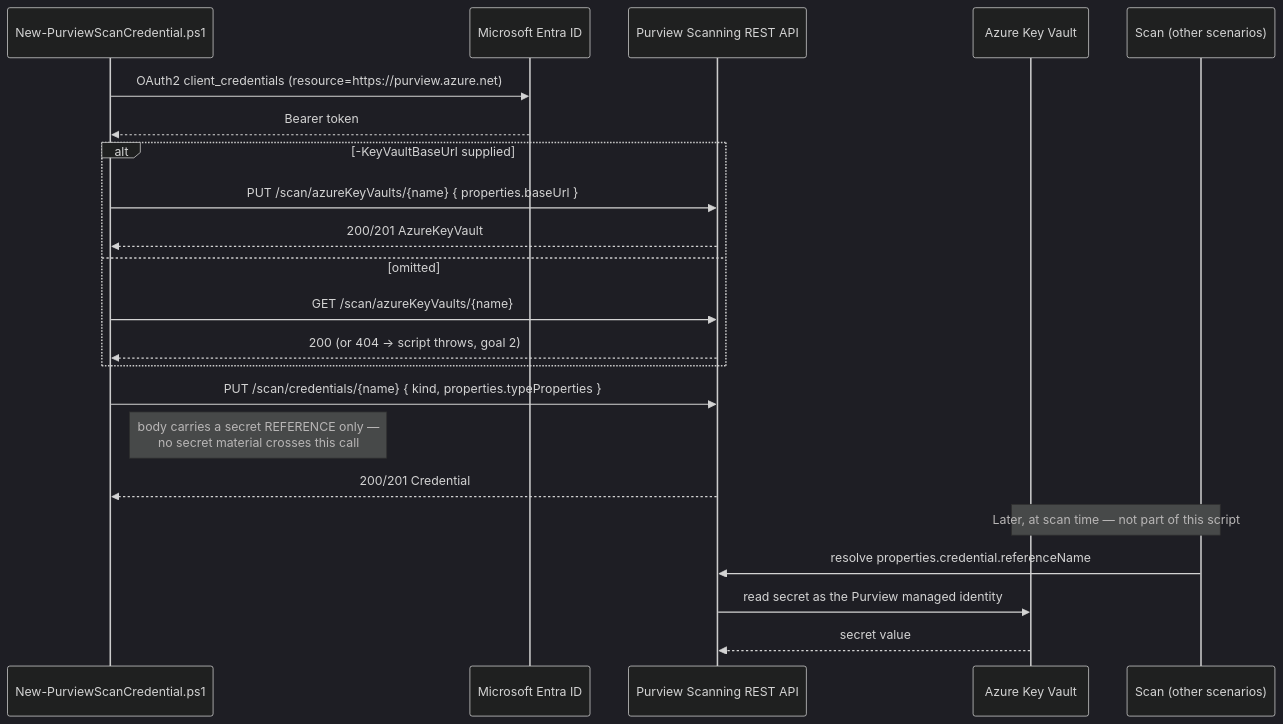
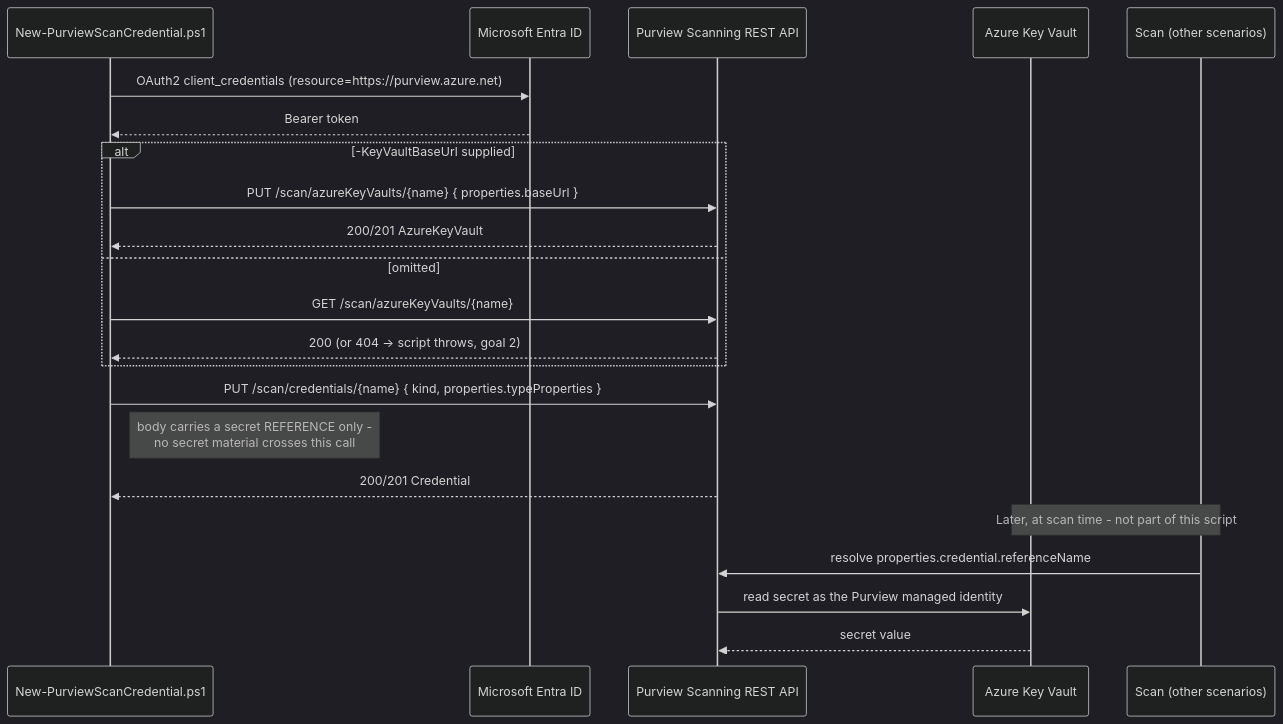
The diagram in scenarios/data-map/scan-credential-key-vault-backed/design.md (kpsec1/purview-scenario-library), drawn with Mermaid (dark theme) before and after one commit. The commit also changed other lines of this file and 451 other files, not shown here.

````diff
--- a/scenarios/data-map/scan-credential-key-vault-backed/design.md
+++ b/scenarios/data-map/scan-credential-key-vault-backed/design.md
@@ -86,26 +86,26 @@
 ```mermaid
 sequenceDiagram
     participant Script as New-PurviewScanCredential.ps1
     participant AAD as Microsoft Entra ID
     participant API as Purview Scanning REST API
     participant KV as Azure Key Vault
     participant Scan as Scan (other scenarios)
 
     Script->>AAD: OAuth2 client_credentials (resource=https://purview.azure.net)
     AAD-->>Script: Bearer token
     alt -KeyVaultBaseUrl supplied
         Script->>API: PUT /scan/azureKeyVaults/{name} { properties.baseUrl }
         API-->>Script: 200/201 AzureKeyVault
     else omitted
         Script->>API: GET /scan/azureKeyVaults/{name}
         API-->>Script: 200 (or 404 -> script throws, goal 2)
     end
     Script->>API: PUT /scan/credentials/{name} { kind, properties.typeProperties }
-    Note right of Script: body carries a secret REFERENCE only —<br/>no secret material crosses this call
+    Note right of Script: body carries a secret REFERENCE only -<br/>no secret material crosses this call
     API-->>Script: 200/201 Credential
 
-    Note over Scan,KV: Later, at scan time — not part of this script
+    Note over Scan,KV: Later, at scan time - not part of this script
     Scan->>API: resolve properties.credential.referenceName
     API->>KV: read secret as the Purview managed identity
     KV-->>API: secret value
 ```
````
